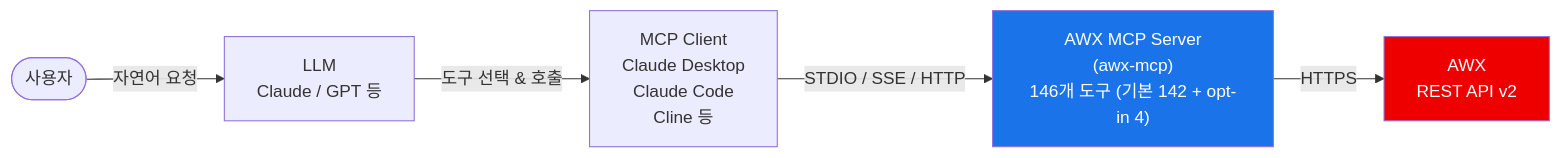
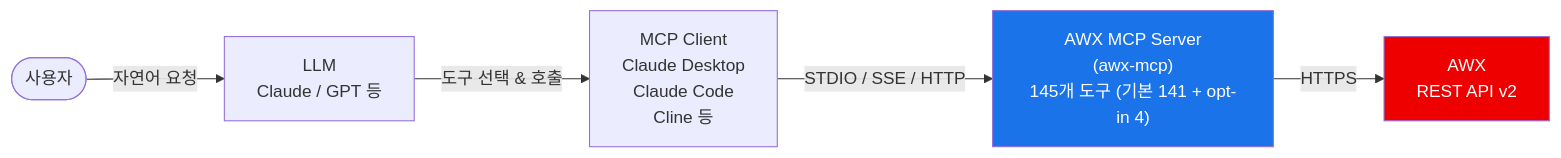
Before and after one commit to argon-kr/awx-mcp: the diagram in README.ko.md, drawn with Mermaid. The commit also changed other lines of this file and 21 other files, not shown here.

````diff
--- a/README.ko.md
+++ b/README.ko.md
@@ -91,16 +91,16 @@
 ```mermaid
 flowchart LR
     User([사용자])
     LLM[LLM<br/>Claude / GPT 등]
     MCP[MCP Client<br/>Claude Desktop<br/>Claude Code<br/>Cline 등]
-    AWX_MCP["AWX MCP Server<br/>(awx-mcp)<br/>146개 도구 (기본 142 + opt-in 4)"]
+    AWX_MCP["AWX MCP Server<br/>(awx-mcp)<br/>145개 도구 (기본 141 + opt-in 4)"]
     AWX[AWX<br/>REST API v2]
 
     User -- 자연어 요청 --> LLM
     LLM -- 도구 선택 & 호출 --> MCP
     MCP -- "STDIO / SSE / HTTP" --> AWX_MCP
     AWX_MCP -- HTTPS --> AWX
 
     style AWX_MCP fill:#1a73e8,color:#fff
     style AWX fill:#ee0000,color:#fff
 ```
````
